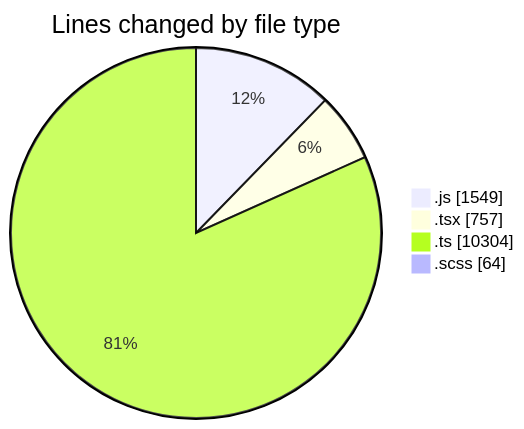
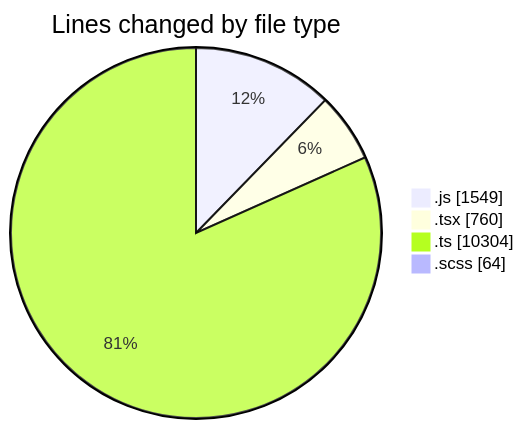
The first of 2 diagrams in 2025-03-13/cda/README.md (momahboobian/code-tracking), drawn with Mermaid before and after one commit. The commit also changed other lines of this file and 1 other file, not shown here.

````diff
--- a/2025-03-13/cda/README.md
+++ b/2025-03-13/cda/README.md
@@ -33,8 +33,8 @@
 ```mermaid
 pie showData
 title Lines changed by file type
 ".js" : 1549
-".tsx" : 757
+".tsx" : 760
 ".ts" : 10304
 ".scss" : 64
 ```
````
